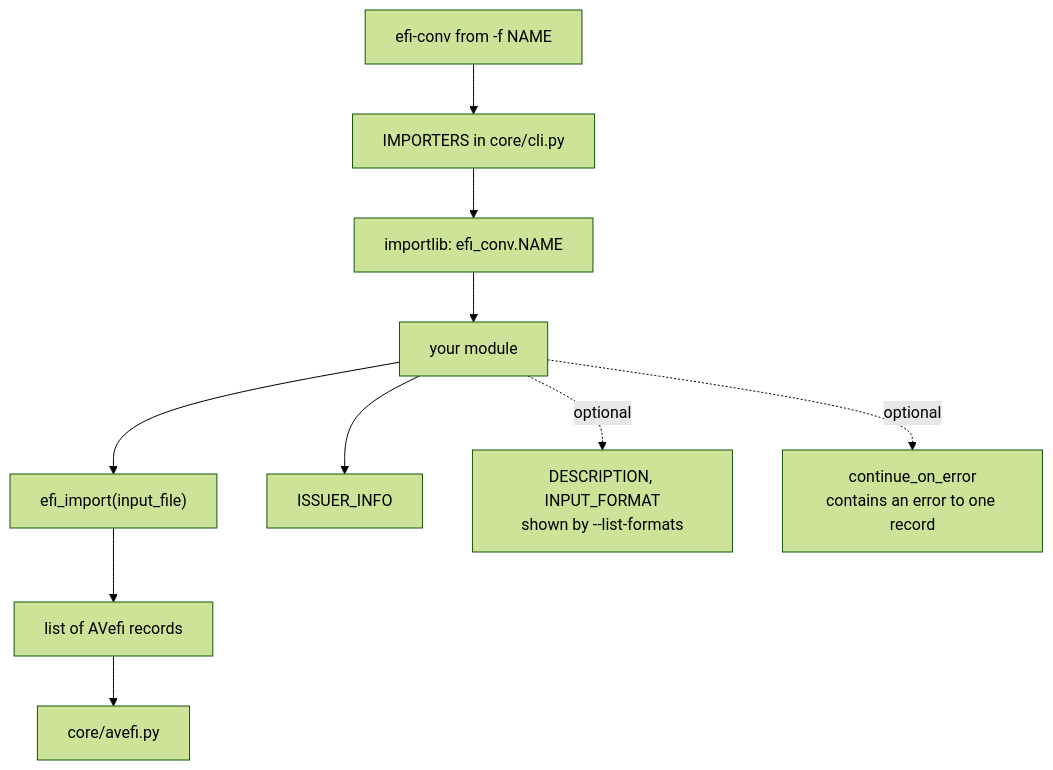
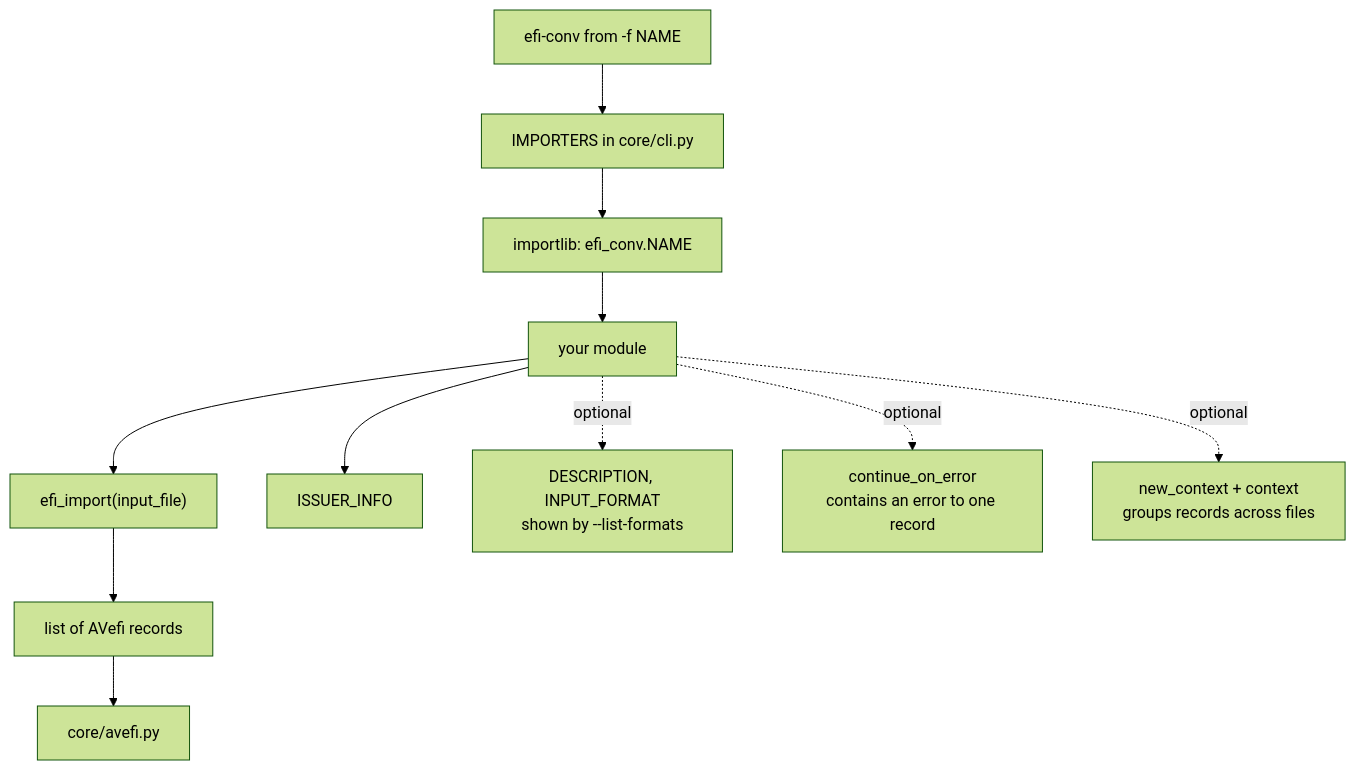
Before and after one commit to andreaskasper/avefi-converter: the third of 3 diagrams in README.md, drawn with Mermaid (forest theme). The commit also changed other lines of this file and 43 other files, not shown here.

````diff
--- a/README.md
+++ b/README.md
@@ -402,12 +429,13 @@
 ```mermaid
 flowchart TD
     CLI["efi-conv from -f NAME"] --> CHOICE["IMPORTERS in core/cli.py"]
     CHOICE --> RESOLVE["importlib: efi_conv.NAME"]
     RESOLVE --> MOD["your module"]
     MOD --> IMP["efi_import(input_file)"]
     MOD --> ISSUER["ISSUER_INFO"]
     MOD -.optional.-> DESC["DESCRIPTION, INPUT_FORMAT<br/>shown by --list-formats"]
     MOD -.optional.-> CONT["continue_on_error<br/>contains an error to one record"]
+    MOD -.optional.-> CTX["new_context + context<br/>groups records across files"]
     IMP --> REC["list of AVefi records"]
     REC --> DUMP["core/avefi.py"]
 ```
````
